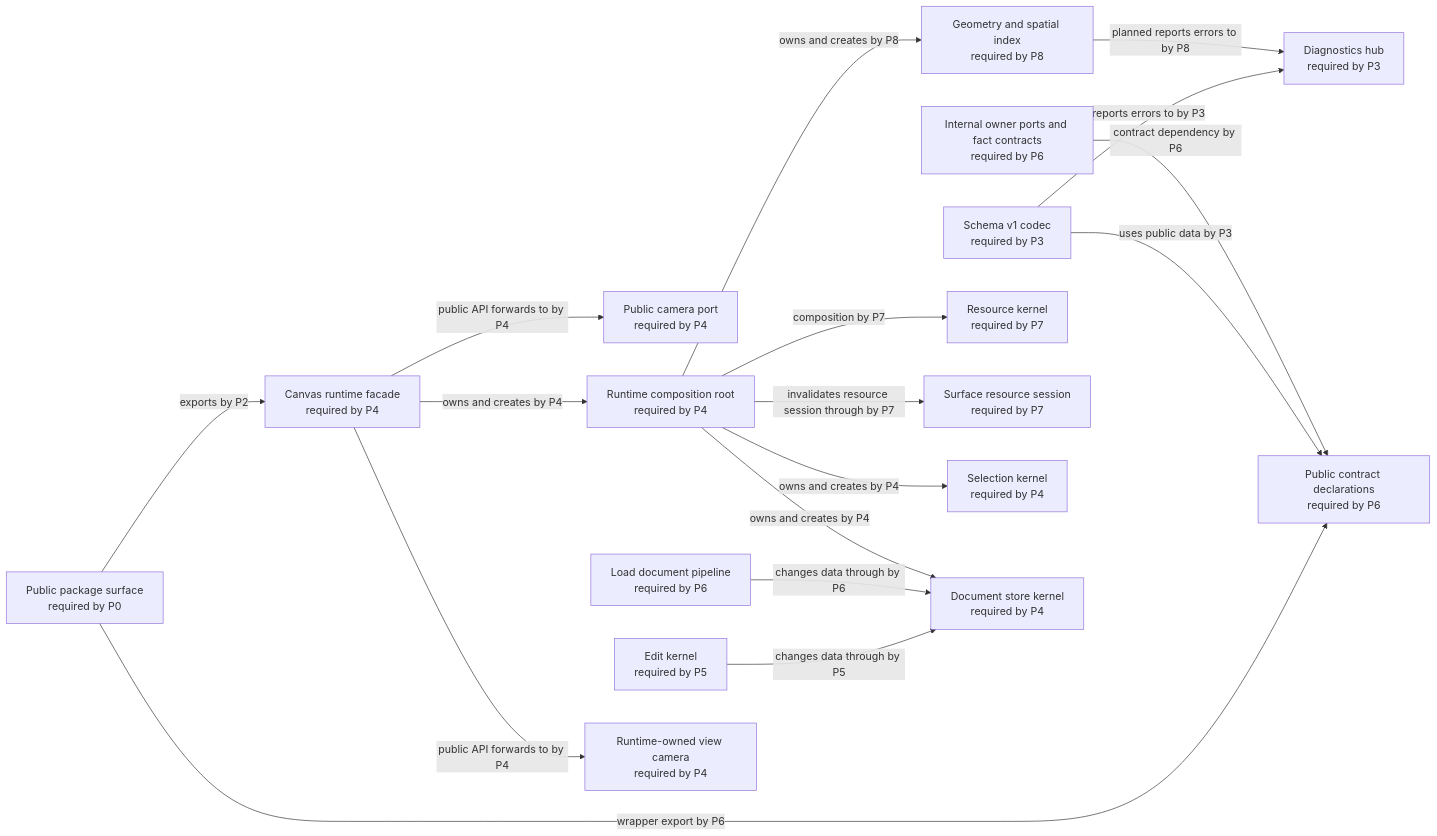
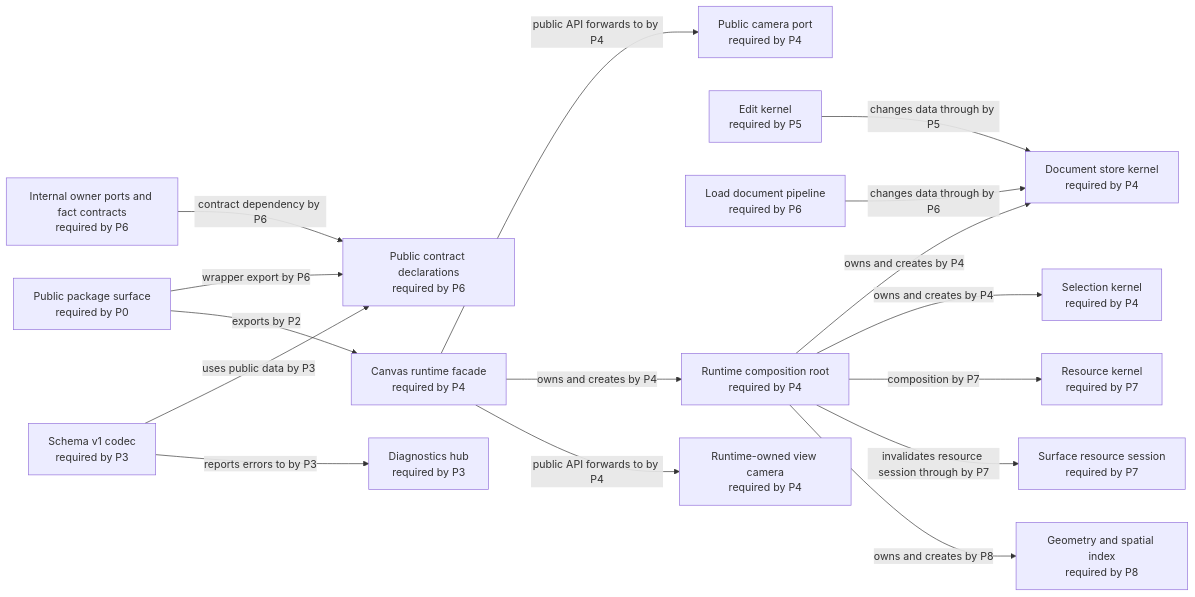
The diagram in docs/diagrams/generated/current_phase.mmd (GreatPika/iwb_canvas_engine), drawn with Mermaid before and after one commit. The commit also changed 16 other files, not shown here.

```diff
--- a/docs/diagrams/generated/current_phase.mmd
+++ b/docs/diagrams/generated/current_phase.mmd
@@ -1,37 +1,36 @@
 %% GENERATED FILE. Do not edit by hand.
 %% Source: docs/architecture/architecture_graph.yaml
 %% View: Selected phase architecture graph
 %% Selected phase: P8
 flowchart LR
   api_camera_port["Public camera port<br/>required by P4"]
   api_canvas_runtime["Canvas runtime facade<br/>required by P4"]
   api_public_surface["Public package surface<br/>required by P0"]
   codec_schema_v1["Schema v1 codec<br/>required by P3"]
   contracts_internal_ports["Internal owner ports and fact contracts<br/>required by P6"]
   contracts_public["Public contract declarations<br/>required by P6"]
   diagnostics_hub["Diagnostics hub<br/>required by P3"]
   edit_kernel["Edit kernel<br/>required by P5"]
   geometry_spatial_index["Geometry and spatial index<br/>required by P8"]
   load_document_pipeline["Load document pipeline<br/>required by P6"]
   resource_kernel["Resource kernel<br/>required by P7"]
   resource_surface_session["Surface resource session<br/>required by P7"]
   runtime_root["Runtime composition root<br/>required by P4"]
   runtime_view_camera["Runtime-owned view camera<br/>required by P4"]
   selection_kernel["Selection kernel<br/>required by P4"]
   store_document_kernel["Document store kernel<br/>required by P4"]
   api_canvas_runtime -->|public API forwards to by P4| runtime_view_camera
   api_canvas_runtime -->|owns and creates by P4| runtime_root
   api_canvas_runtime -->|public API forwards to by P4| api_camera_port
   api_public_surface -->|exports by P2| api_canvas_runtime
   api_public_surface -->|wrapper export by P6| contracts_public
   codec_schema_v1 -->|reports errors to by P3| diagnostics_hub
   codec_schema_v1 -->|uses public data by P3| contracts_public
   contracts_internal_ports -->|contract dependency by P6| contracts_public
   edit_kernel -->|changes data through by P5| store_document_kernel
-  geometry_spatial_index -->|planned reports errors to by P8| diagnostics_hub
   load_document_pipeline -->|changes data through by P6| store_document_kernel
   runtime_root -->|owns and creates by P8| geometry_spatial_index
   runtime_root -->|invalidates resource session through by P7| resource_surface_session
   runtime_root -->|composition by P7| resource_kernel
   runtime_root -->|owns and creates by P4| selection_kernel
   runtime_root -->|owns and creates by P4| store_document_kernel
```
